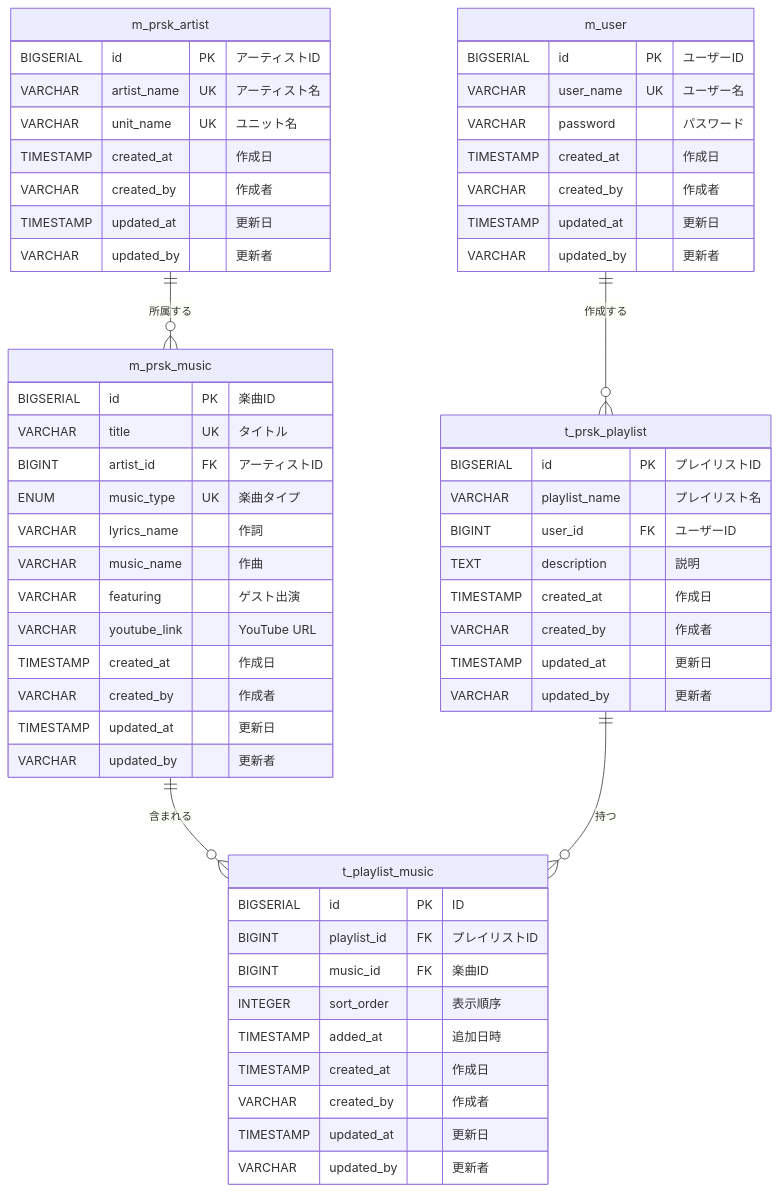
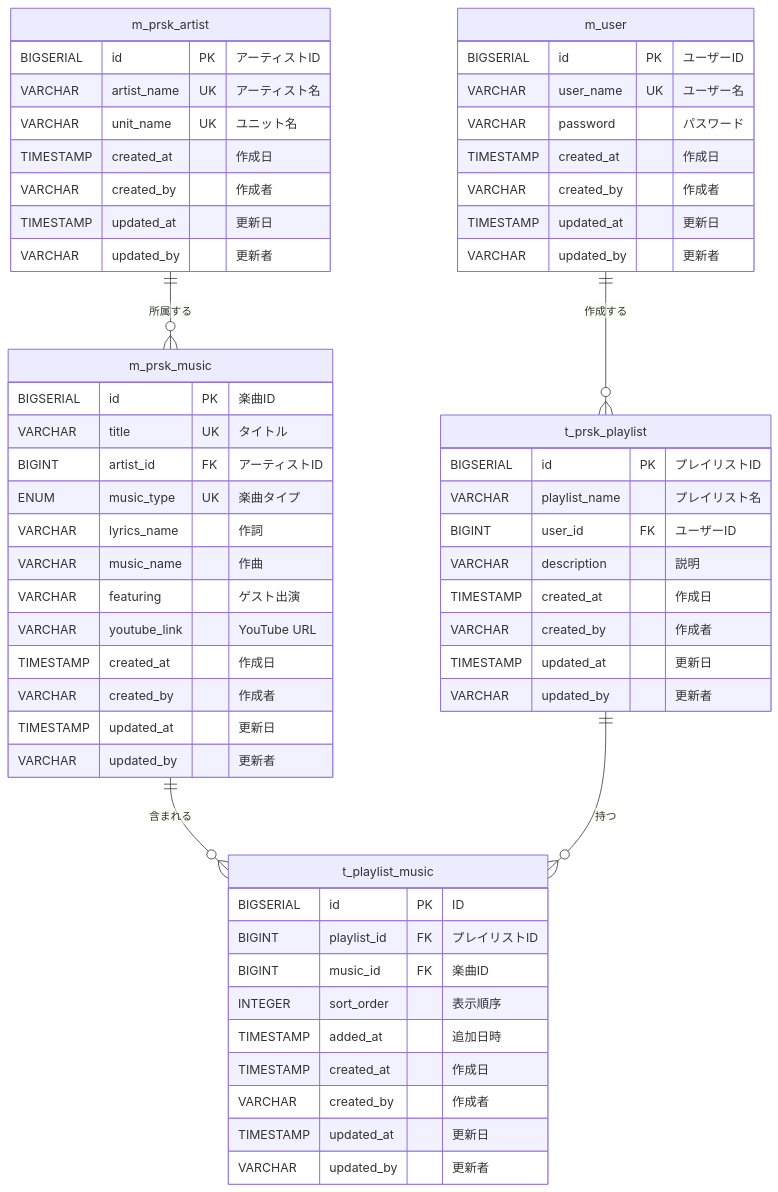
The diagram in doc/spec/entity-relationship-diagram.md (Narumikr/prsk-backend-SToRY), drawn with Mermaid before and after one commit. The commit also changed 2 other files, not shown here.

Commit message:
investigate directory-structure

````diff
--- a/doc/spec/entity-relationship-diagram.md
+++ b/doc/spec/entity-relationship-diagram.md
@@ -3,65 +3,65 @@
 ```mermaid
 erDiagram
     m_user ||--o{ t_prsk_playlist : "作成する"
     m_prsk_artist ||--o{ m_prsk_music : "所属する"
     m_prsk_music ||--o{ t_playlist_music : "含まれる"
     t_prsk_playlist ||--o{ t_playlist_music : "持つ"
 
     m_user {
         BIGSERIAL id PK "ユーザーID"
         VARCHAR user_name UK "ユーザー名"
         VARCHAR password "パスワード"
         TIMESTAMP created_at "作成日"
         VARCHAR created_by "作成者"
         TIMESTAMP updated_at "更新日"
         VARCHAR updated_by "更新者"
     }
 
     m_prsk_artist {
         BIGSERIAL id PK "アーティストID"
         VARCHAR artist_name UK "アーティスト名"
         VARCHAR unit_name UK "ユニット名"
         TIMESTAMP created_at "作成日"
         VARCHAR created_by "作成者"
         TIMESTAMP updated_at "更新日"
         VARCHAR updated_by "更新者"
     }
 
     m_prsk_music {
         BIGSERIAL id PK "楽曲ID"
         VARCHAR title UK "タイトル"
         BIGINT artist_id FK "アーティストID"
         ENUM music_type UK "楽曲タイプ"
         VARCHAR lyrics_name "作詞"
         VARCHAR music_name "作曲"
         VARCHAR featuring "ゲスト出演"
         VARCHAR youtube_link "YouTube URL"
         TIMESTAMP created_at "作成日"
         VARCHAR created_by "作成者"
         TIMESTAMP updated_at "更新日"
         VARCHAR updated_by "更新者"
     }
 
     t_prsk_playlist {
         BIGSERIAL id PK "プレイリストID"
         VARCHAR playlist_name "プレイリスト名"
         BIGINT user_id FK "ユーザーID"
-        TEXT description "説明"
+        VARCHAR description "説明"
         TIMESTAMP created_at "作成日"
         VARCHAR created_by "作成者"
         TIMESTAMP updated_at "更新日"
         VARCHAR updated_by "更新者"
     }
 
     t_playlist_music {
         BIGSERIAL id PK "ID"
         BIGINT playlist_id FK "プレイリストID"
         BIGINT music_id FK "楽曲ID"
         INTEGER sort_order "表示順序"
         TIMESTAMP added_at "追加日時"
         TIMESTAMP created_at "作成日"
         VARCHAR created_by "作成者"
         TIMESTAMP updated_at "更新日"
         VARCHAR updated_by "更新者"
     }
 ```
````
